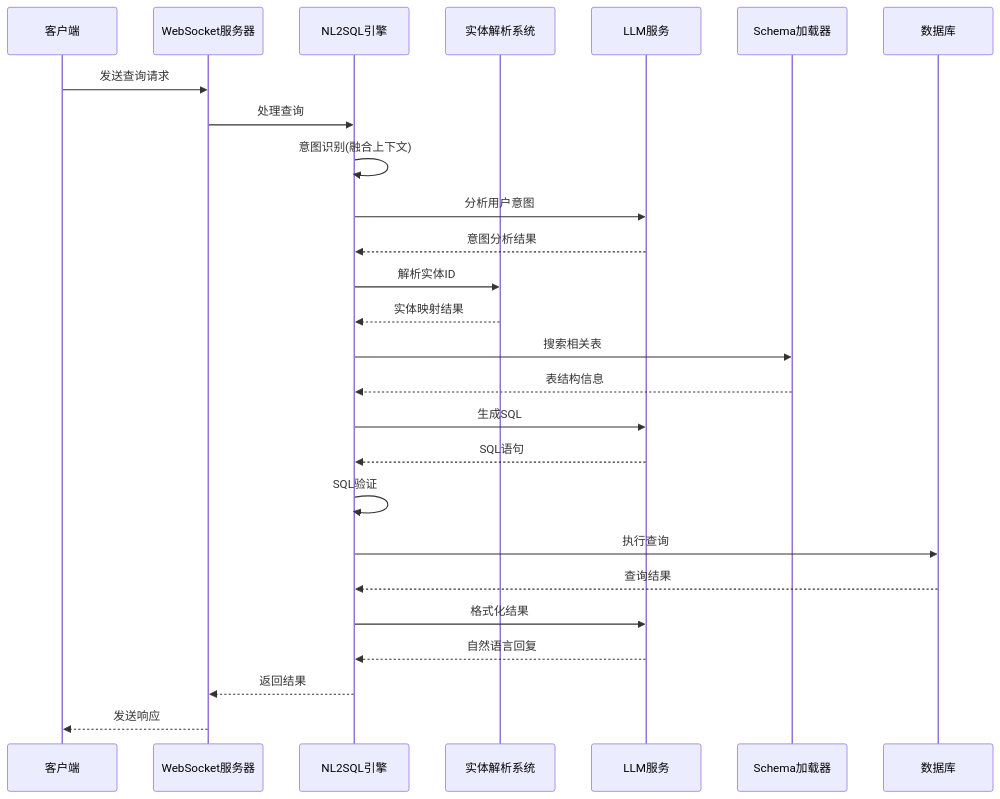
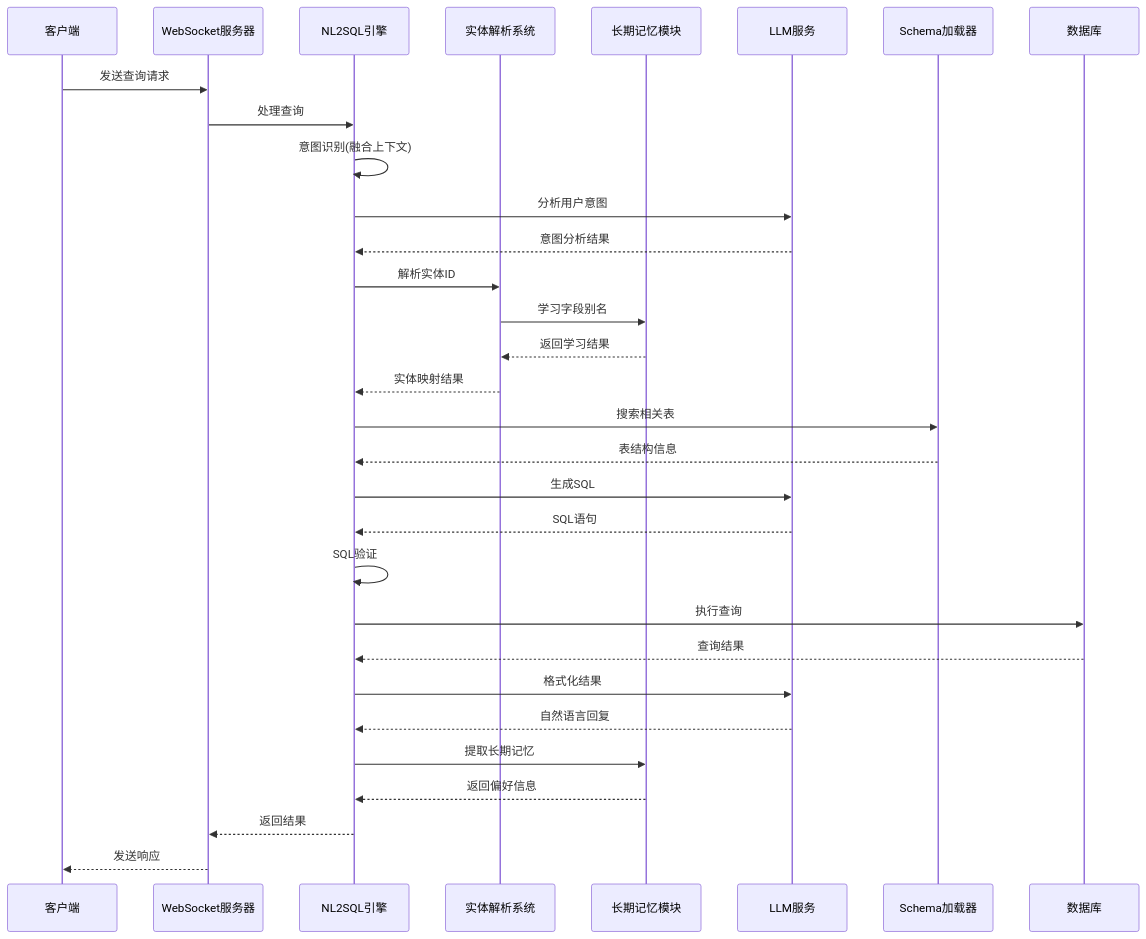
Before and after one commit to HanHuiOnLine/724-office: the third of 15 diagrams in .qoder/repowiki/zh/content/核心模块详解/NL2SQL自然语言到SQL系统/NL2SQL自然语言到SQL系统.md, drawn with Mermaid. The commit also changed other lines of this file and 14 other files, not shown here.

Commit message:
优化意图识别

````diff
--- a/.qoder/repowiki/zh/content/核心模块详解/NL2SQL自然语言到SQL系统/NL2SQL自然语言到SQL系统.md
+++ b/.qoder/repowiki/zh/content/核心模块详解/NL2SQL自然语言到SQL系统/NL2SQL自然语言到SQL系统.md
@@ -228,28 +264,33 @@
 ```mermaid
 sequenceDiagram
 participant Client as 客户端
 participant WS as WebSocket服务器
 participant Engine as NL2SQL引擎
 participant Entity as 实体解析系统
+participant Memory as 长期记忆模块
 participant LLM as LLM服务
 participant Schema as Schema加载器
 participant DB as 数据库
 Client->>WS : 发送查询请求
 WS->>Engine : 处理查询
 Engine->>Engine : 意图识别(融合上下文)
 Engine->>LLM : 分析用户意图
 LLM-->>Engine : 意图分析结果
 Engine->>Entity : 解析实体ID
+Entity->>Memory : 学习字段别名
+Memory-->>Entity : 返回学习结果
 Entity-->>Engine : 实体映射结果
 Engine->>Schema : 搜索相关表
 Schema-->>Engine : 表结构信息
 Engine->>LLM : 生成SQL
 LLM-->>Engine : SQL语句
 Engine->>Engine : SQL验证
 Engine->>DB : 执行查询
 DB-->>Engine : 查询结果
 Engine->>LLM : 格式化结果
 LLM-->>Engine : 自然语言回复
+Engine->>Memory : 提取长期记忆
+Memory-->>Engine : 返回偏好信息
 Engine-->>WS : 返回结果
 WS-->>Client : 发送响应
 ```
````
